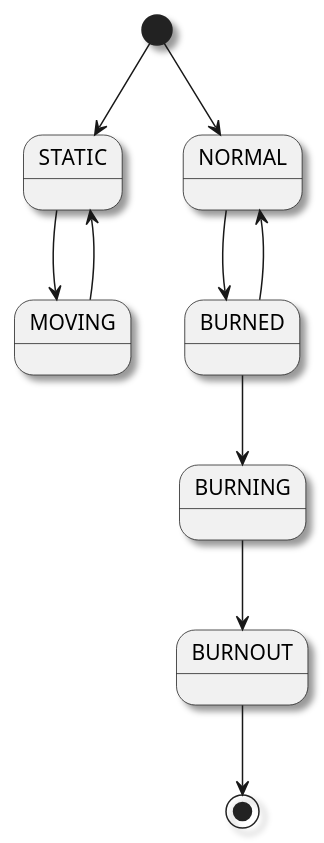
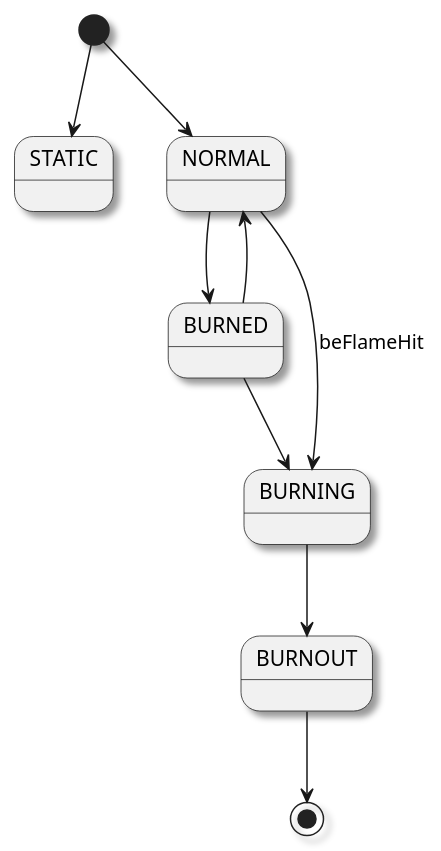
The diagram in doc/item_state.pu (tingyunaiai9/The-Journey-of-Wizard), drawn with PlantUML before and after one commit. The commit also changed 10 other files, not shown here.

```diff
--- a/doc/item_state.pu
+++ b/doc/item_state.pu
@@ -1,17 +1,15 @@
 @startuml
 
 skinparam shadowing true
 
 [*] --> STATIC
 
-STATIC --> MOVING
-MOVING --> STATIC
-
 [*] --> NORMAL
 NORMAL --> BURNED
+NORMAL --> BURNING : beFlameHit
 BURNED --> NORMAL
 BURNED --> BURNING
 BURNING --> BURNOUT
 BURNOUT --> [*]
 
 @enduml
```
